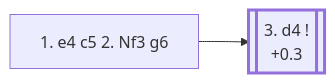
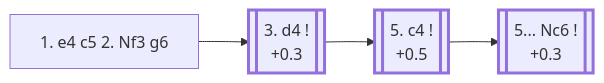
Before and after one commit to onclemarcel/chess_flashcards: the diagram in e4_openings/B34_Sicilian_g6_Accelerated_Dragon.md, drawn with Mermaid. The commit also changed other lines of this file and 11 other files, not shown here.

````diff
--- a/e4_openings/B34_Sicilian_g6_Accelerated_Dragon.md
+++ b/e4_openings/B34_Sicilian_g6_Accelerated_Dragon.md
@@ -12,10 +12,15 @@
 ```mermaid
 flowchart LR
     classDef main stroke-width:3px;
 
     g6["1. e4 c5 2. Nf3 g6"]
     click g6 "#_initial_move_" "B34 · Sicilian Defense: Accelerated Dragon"
 
     g6 --> d4[["3. d4 !<br/>+0.3"]]:::main
     click d4 "#_d4_" "B34 · Sicilian Defense: Accelerated Dragon"
+
+    d4 --> c4m[["5. c4 !<br/>+0.5"]]:::main
+    click c4m "#_c4_" "B37 · Sicilian Defense: Accelerated Dragon, Maróczy Bind"
+    c4m --> Nc6m[["5... Nc6 !<br/>+0.3"]]:::main
+    click Nc6m "#_c4_" "B37 · Sicilian Defense: Accelerated Dragon, Maróczy Bind"
 ```
````
